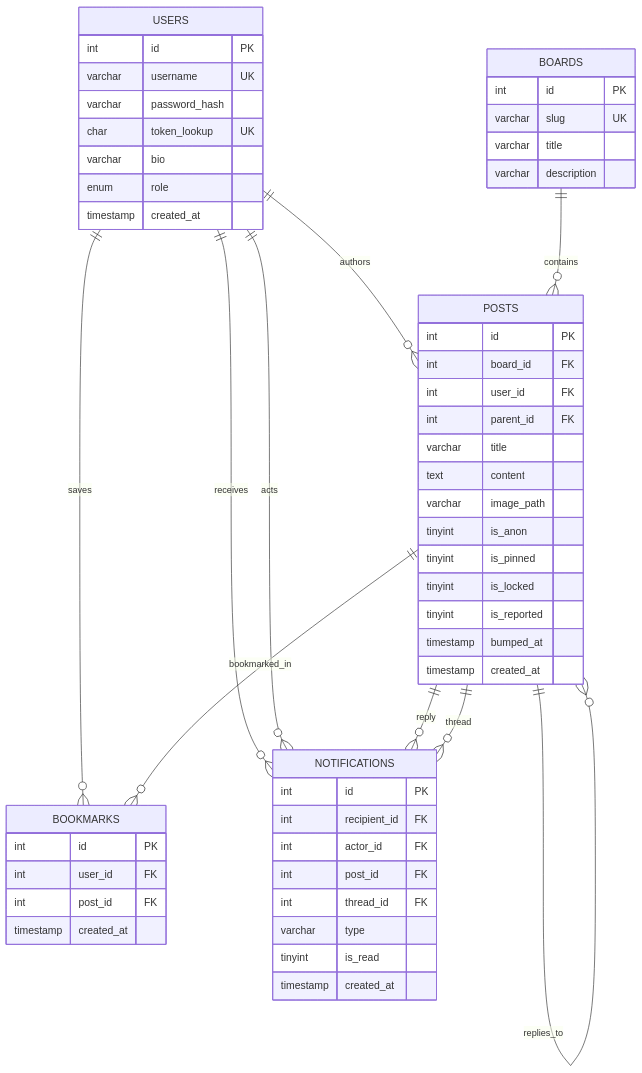
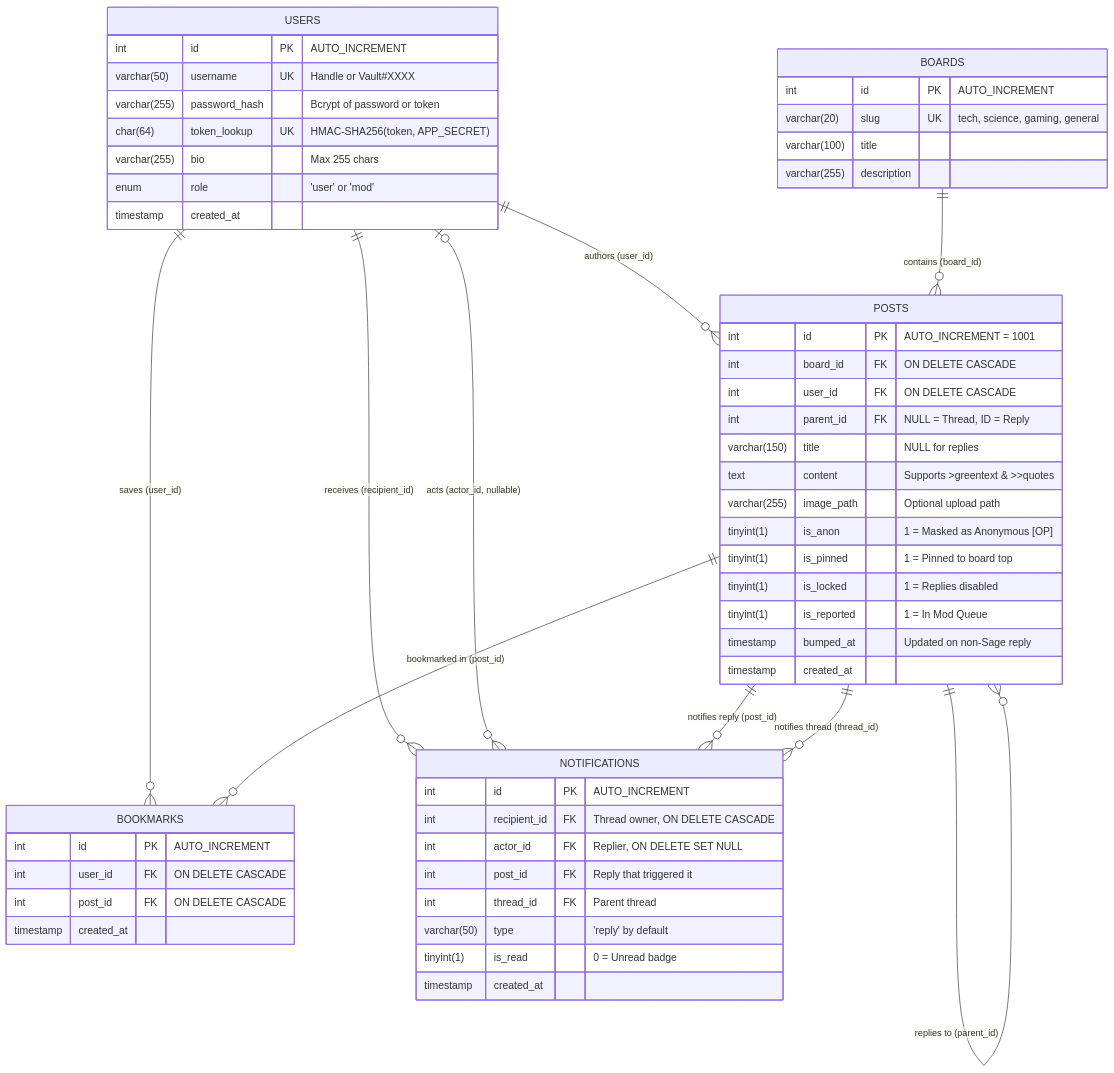
Before and after one commit to AkshatWM/threadzero: the first of 2 diagrams in ARCHITECTURE.md, drawn with Mermaid. The commit also changed other lines of this file and 10 other files, not shown here.

First line of the commit message:
Review notifications module and remove redundant schema file

````diff
--- a/ARCHITECTURE.md
+++ b/ARCHITECTURE.md
@@ -193,65 +194,63 @@
 ```mermaid
-
 erDiagram
-    USERS ||--o{ POSTS : authors
-    USERS ||--o{ BOOKMARKS : saves
-    BOARDS ||--o{ POSTS : contains
-    POSTS ||--o{ POSTS : replies_to
-    POSTS ||--o{ BOOKMARKS : bookmarked_in
-    USERS ||--o{ NOTIFICATIONS : receives
-    USERS ||--o{ NOTIFICATIONS : acts
-    POSTS ||--o{ NOTIFICATIONS : reply
-    POSTS ||--o{ NOTIFICATIONS : thread
+    USERS ||--o{ POSTS : "authors (user_id)"
+    USERS ||--o{ BOOKMARKS : "saves (user_id)"
+    BOARDS ||--o{ POSTS : "contains (board_id)"
+    POSTS ||--o{ POSTS : "replies to (parent_id)"
+    POSTS ||--o{ BOOKMARKS : "bookmarked in (post_id)"
+    USERS ||--o{ NOTIFICATIONS : "receives (recipient_id)"
+    USERS |o--o{ NOTIFICATIONS : "acts (actor_id, nullable)"
+    POSTS ||--o{ NOTIFICATIONS : "notifies reply (post_id)"
+    POSTS ||--o{ NOTIFICATIONS : "notifies thread (thread_id)"
 
     USERS {
-        int id PK
-        varchar username UK
-        varchar password_hash
-        char token_lookup UK
-        varchar bio
-        enum role
+        int id PK "AUTO_INCREMENT"
+        varchar(50) username UK "Handle or Vault#XXXX"
+        varchar(255) password_hash "Bcrypt of password or token"
+        char(64) token_lookup UK "HMAC-SHA256(token, APP_SECRET)"
+        varchar(255) bio "Max 255 chars"
+        enum role "'user' or 'mod'"
         timestamp created_at
     }
 
     BOARDS {
-        int id PK
-        varchar slug UK
-        varchar title
-        varchar description
+        int id PK "AUTO_INCREMENT"
+        varchar(20) slug UK "tech, science, gaming, general"
+        varchar(100) title
+        varchar(255) description
     }
 
     POSTS {
-        int id PK
-        int board_id FK
-        int user_id FK
-        int parent_id FK
-        varchar title
-        text content
-        varchar image_path
-        tinyint is_anon
-        tinyint is_pinned
-        tinyint is_locked
-        tinyint is_reported
-        timestamp bumped_at
+        int id PK "AUTO_INCREMENT = 1001"
+        int board_id FK "ON DELETE CASCADE"
+        int user_id FK "ON DELETE CASCADE"
+        int parent_id FK "NULL = Thread, ID = Reply"
+        varchar(150) title "NULL for replies"
+        text content "Supports >greentext & >>quotes"
+        varchar(255) image_path "Optional upload path"
+        tinyint(1) is_anon "1 = Masked as Anonymous [OP]"
+        tinyint(1) is_pinned "1 = Pinned to board top"
+        tinyint(1) is_locked "1 = Replies disabled"
+        tinyint(1) is_reported "1 = In Mod Queue"
+        timestamp bumped_at "Updated on non-Sage reply"
         timestamp created_at
     }
 
     BOOKMARKS {
-        int id PK
-        int user_id FK
-        int post_id FK
+        int id PK "AUTO_INCREMENT"
+        int user_id FK "ON DELETE CASCADE"
+        int post_id FK "ON DELETE CASCADE"
         timestamp created_at
     }
 
     NOTIFICATIONS {
-        int id PK
-        int recipient_id FK
-        int actor_id FK
-        int post_id FK
-        int thread_id FK
-        varchar type
-        tinyint is_read
+        int id PK "AUTO_INCREMENT"
+        int recipient_id FK "Thread owner, ON DELETE CASCADE"
+        int actor_id FK "Replier, ON DELETE SET NULL"
+        int post_id FK "Reply that triggered it"
+        int thread_id FK "Parent thread"
+        varchar(50) type "'reply' by default"
+        tinyint(1) is_read "0 = Unread badge"
         timestamp created_at
     }
-
 ```
````
